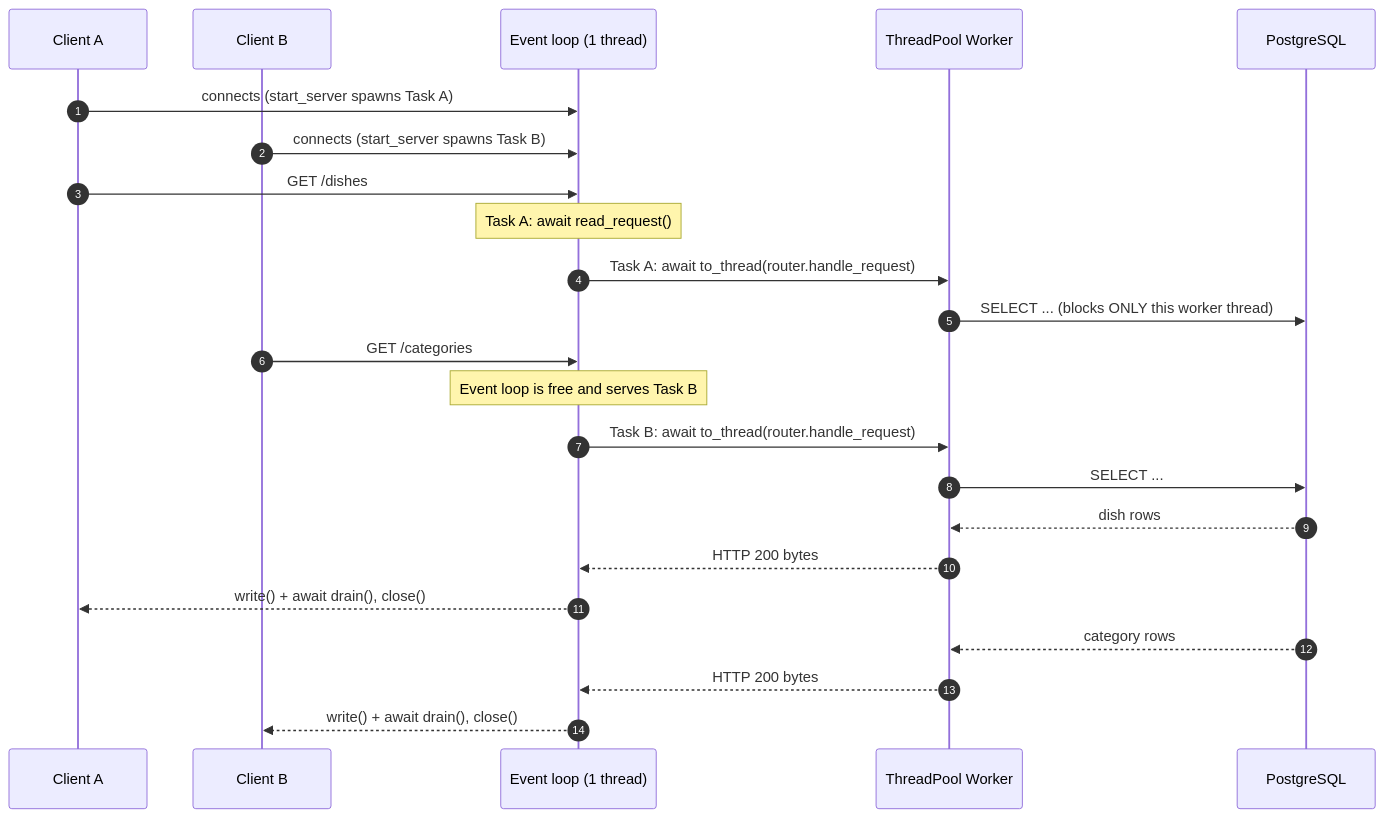
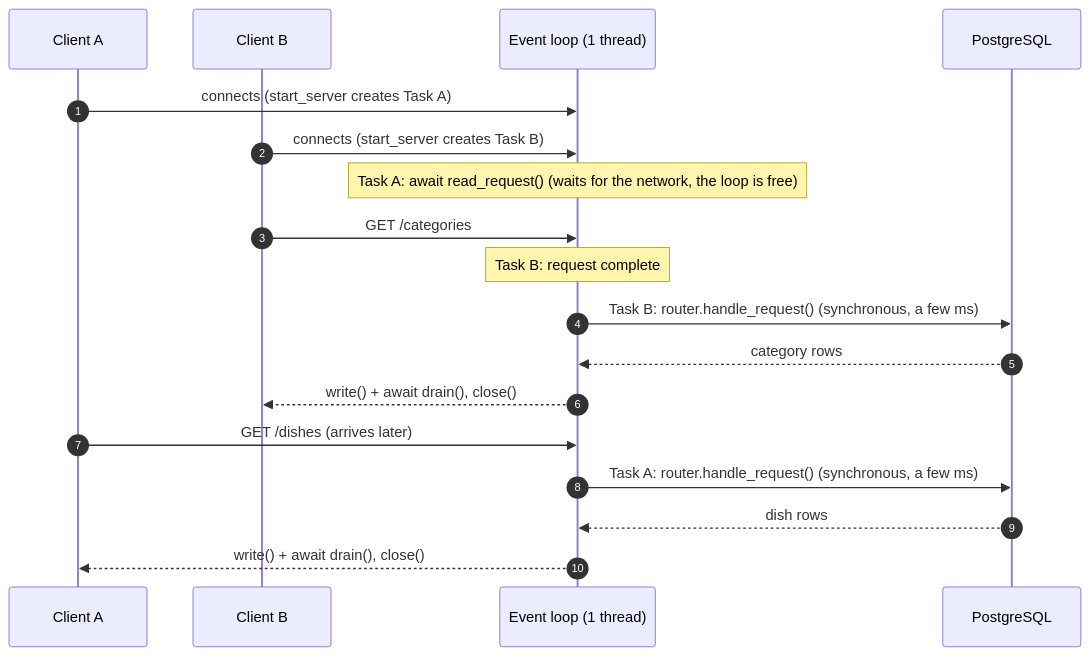
The second of 3 diagrams in docs/ARCHITECTURE_ENG.md (MarcCodinaLlonch/restaurant_backoffice), drawn with Mermaid before and after one commit. The commit also changed other lines of this file and 19 other files, not shown here.

Commit message:
docs: synchronous DB called directly, updated diagrams, DB impact analysis and evidence

````diff
--- a/docs/ARCHITECTURE_ENG.md
+++ b/docs/ARCHITECTURE_ENG.md
@@ -62,26 +60,21 @@
 ```mermaid
 sequenceDiagram
     autonumber
     participant A as Client A
     participant B as Client B
     participant EL as Event loop (1 thread)
-    participant TP as ThreadPool Worker
     participant DB as PostgreSQL
 
-    A->>EL: connects (start_server spawns Task A)
-    B->>EL: connects (start_server spawns Task B)
-    A->>EL: GET /dishes
-    Note over EL: Task A: await read_request()
-    EL->>TP: Task A: await to_thread(router.handle_request)
-    TP->>DB: SELECT ... (blocks ONLY this worker thread)
+    A->>EL: connects (start_server creates Task A)
+    B->>EL: connects (start_server creates Task B)
+    Note over EL: Task A: await read_request() (waits for the network, the loop is free)
     B->>EL: GET /categories
-    Note over EL: Event loop is free and serves Task B
-    EL->>TP: Task B: await to_thread(router.handle_request)
-    TP->>DB: SELECT ...
-    DB-->>TP: dish rows
-    TP-->>EL: HTTP 200 bytes
+    Note over EL: Task B: request complete
+    EL->>DB: Task B: router.handle_request() (synchronous, a few ms)
+    DB-->>EL: category rows
+    EL-->>B: write() + await drain(), close()
+    A->>EL: GET /dishes (arrives later)
+    EL->>DB: Task A: router.handle_request() (synchronous, a few ms)
+    DB-->>EL: dish rows
     EL-->>A: write() + await drain(), close()
-    DB-->>TP: category rows
-    TP-->>EL: HTTP 200 bytes
-    EL-->>B: write() + await drain(), close()
 ```
````
